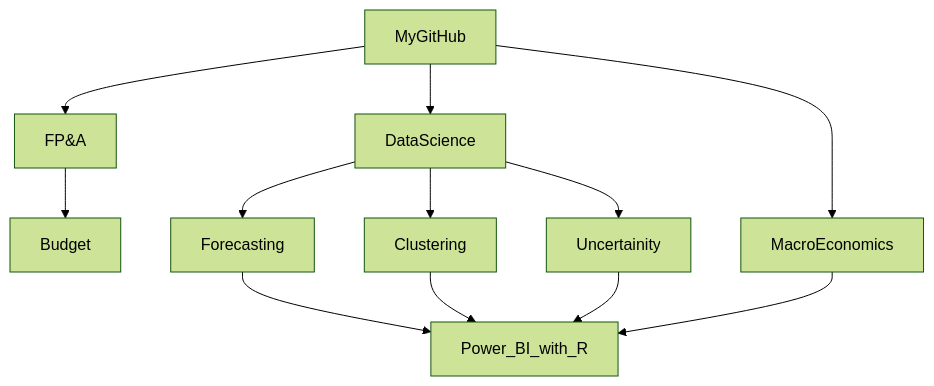
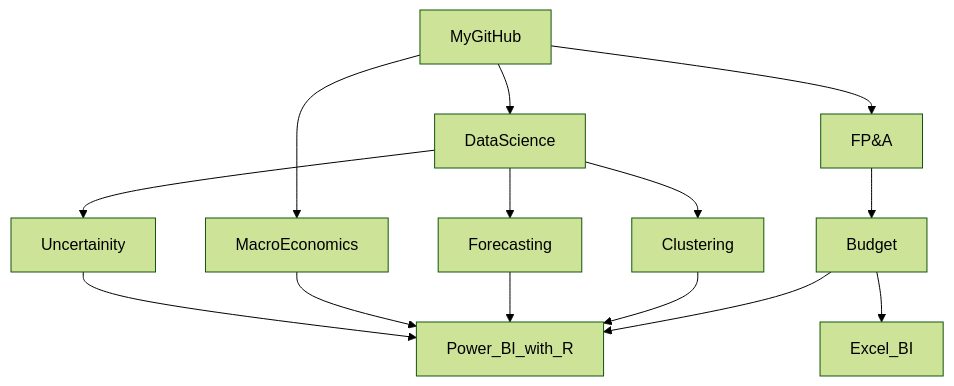
Before and after one commit to md3629/md3629: the diagram in README.md, drawn with Mermaid (forest theme).

````diff
--- a/README.md
+++ b/README.md
@@ -9,14 +9,16 @@
 ```mermaid
 graph TD;
     MyGitHub-->FP&A;
     FP&A-->Budget;
     MyGitHub-->DataScience;
     MyGitHub-->MacroEconomics;
     DataScience-->Forecasting;
     DataScience-->Clustering;
     DataScience-->Uncertainity;
     Uncertainity-->Power_BI_with_R;
     MacroEconomics-->Power_BI_with_R;
     Forecasting-->Power_BI_with_R;
     Clustering-->Power_BI_with_R;
+    Budget-->Power_BI_with_R;
+    Budget-->Excel_BI;
 ```
````
